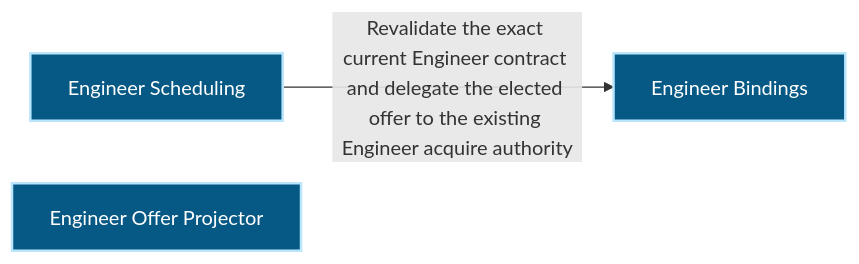
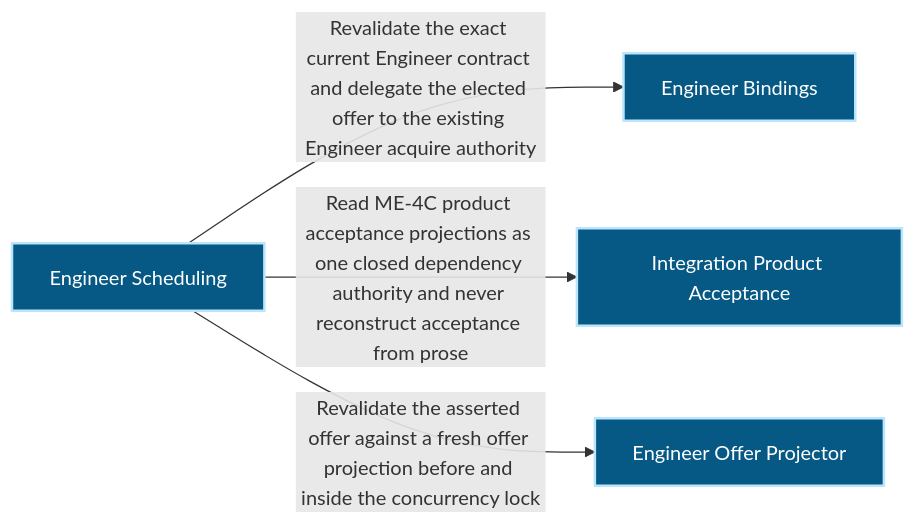
Before and after one commit to Ancienttwo/repo-harness: the first of 2 diagrams in docs/architecture/modules/runtime-harness/engineer-scheduling.md, drawn with Mermaid. The commit also changed other lines of this file and 20 other files, not shown here.

First line of the commit message:
docs(architecture): deepen engineer and collaboration model and P3

````diff
--- a/docs/architecture/modules/runtime-harness/engineer-scheduling.md
+++ b/docs/architecture/modules/runtime-harness/engineer-scheduling.md
@@ -16,11 +16,14 @@
 ```mermaid
 flowchart LR
   p1_capability_runtime_harness_engineer_bindings_34c00f72["Engineer Bindings"]:::component
   p1_capability_runtime_harness_engineer_scheduling_022bd8e0["Engineer Scheduling"]:::component
+  p1_capability_runtime_harness_integration_acceptance_8c7dd2d3["Integration Product Acceptance"]:::component
   p1_component_engineer_scheduling_primary_1e5aff8c["Engineer Offer Projector"]:::component
   p1_capability_runtime_harness_engineer_scheduling_022bd8e0 -->|"Revalidate the exact current Engineer contract and delegate the elected offer to the existing Engineer acquire authority"| p1_capability_runtime_harness_engineer_bindings_34c00f72
+  p1_capability_runtime_harness_engineer_scheduling_022bd8e0 -->|"Read ME-4C product acceptance projections as one closed dependency authority and never reconstruct acceptance from prose"| p1_capability_runtime_harness_integration_acceptance_8c7dd2d3
+  p1_capability_runtime_harness_engineer_scheduling_022bd8e0 -->|"Revalidate the asserted offer against a fresh offer projection before and inside the concurrency lock"| p1_component_engineer_scheduling_primary_1e5aff8c
   classDef actor fill:#111827,color:#ffffff,stroke:#f9fafb,stroke-width:2px
   classDef component fill:#075985,color:#ffffff,stroke:#bae6fd,stroke-width:2px
   classDef datastore fill:#3f6212,color:#ffffff,stroke:#d9f99d,stroke-width:2px
   classDef external fill:#7c2d12,color:#ffffff,stroke:#fed7aa,stroke-width:2px
 ```
````
